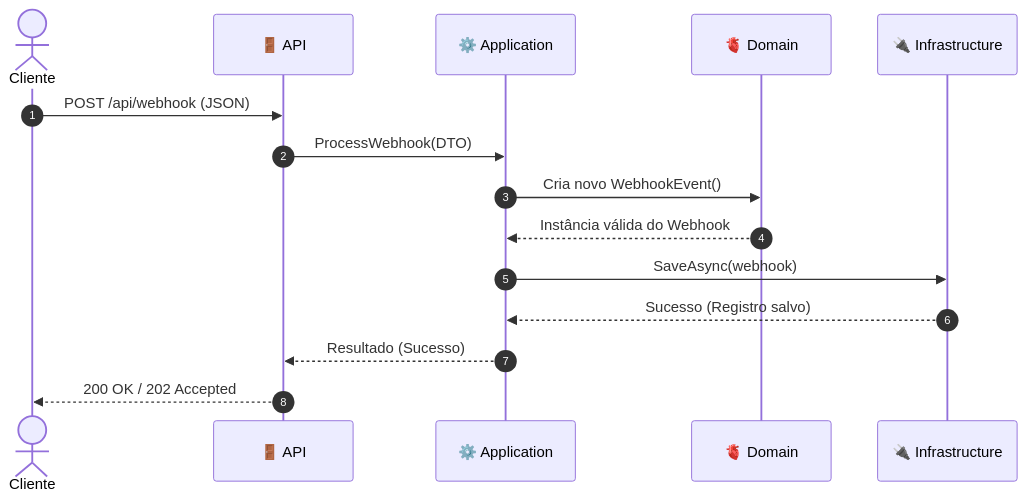
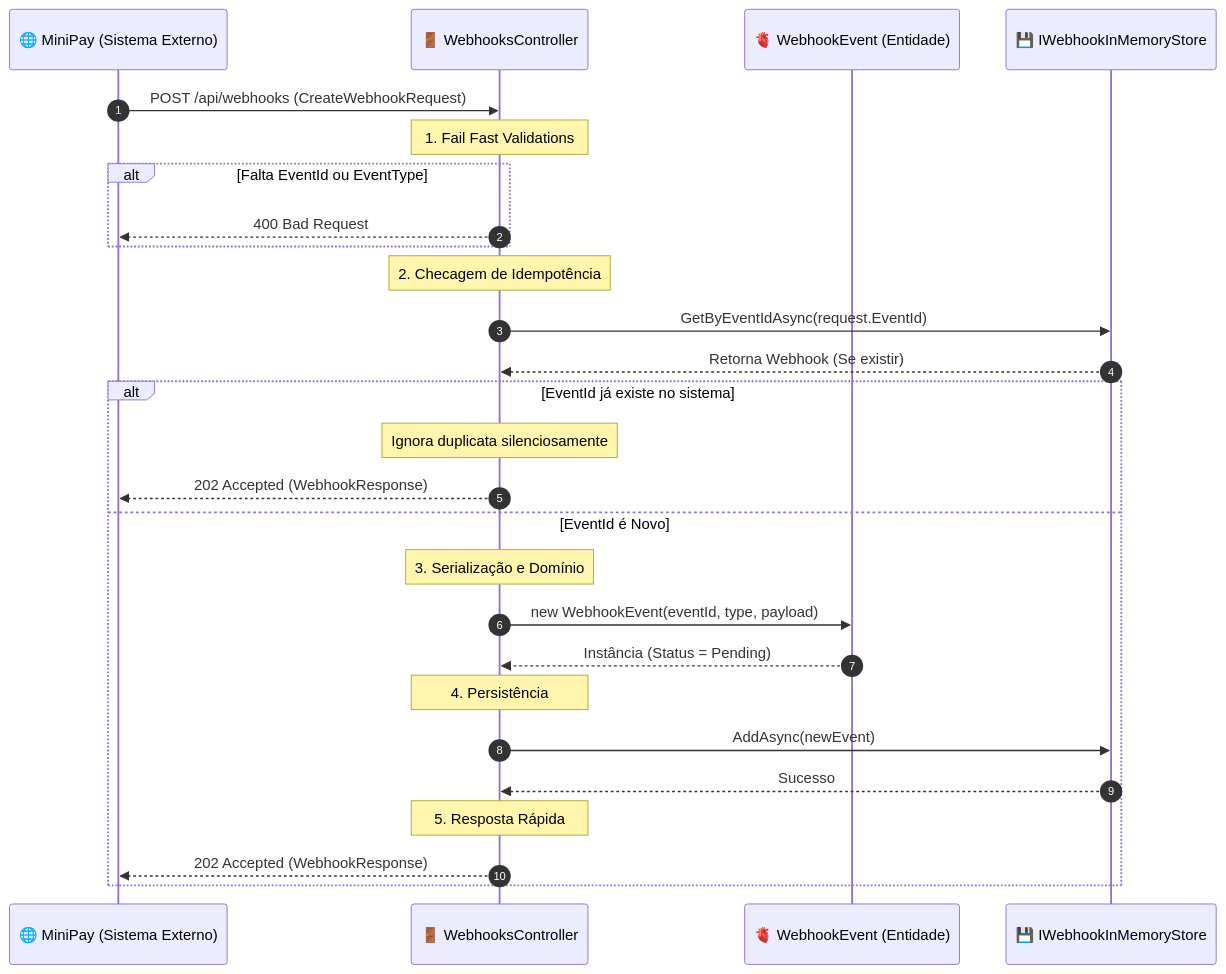
Before and after one commit to AdleyRodrigues/reliable-webhook-processor: the second of 4 diagrams in docs/architecture.md, drawn with Mermaid. The commit also changed other lines of this file and 9 other files, not shown here.

Commit message:
façanha: implementar infraestrutura central de webhook com modelos de domínio, controlador de API e armazenamento na memória

````diff
--- a/docs/architecture.md
+++ b/docs/architecture.md
@@ -31,18 +31,35 @@
 ```mermaid
 sequenceDiagram
     autonumber
-    actor Cliente
-    participant Api as 🚪 API
-    participant App as ⚙️ Application
-    participant Domain as 🫀 Domain
-    participant Infra as 🔌 Infrastructure
+    participant SistemaExterno as 🌐 MiniPay (Sistema Externo)
+    participant Controller as 🚪 WebhooksController
+    participant Domain as 🫀 WebhookEvent (Entidade)
+    participant Store as 💾 IWebhookInMemoryStore
 
-    Cliente->>Api: POST /api/webhook (JSON)
-    Api->>App: ProcessWebhook(DTO)
-    App->>Domain: Cria novo WebhookEvent()
-    Domain-->>App: Instância válida do Webhook
-    App->>Infra: SaveAsync(webhook)
-    Infra-->>App: Sucesso (Registro salvo)
-    App-->>Api: Resultado (Sucesso)
-    Api-->>Cliente: 200 OK / 202 Accepted
+    SistemaExterno->>Controller: POST /api/webhooks (CreateWebhookRequest)
+    
+    note over Controller: 1. Fail Fast Validations
+    alt Falta EventId ou EventType
+        Controller-->>SistemaExterno: 400 Bad Request
+    end
+
+    note over Controller: 2. Checagem de Idempotência
+    Controller->>Store: GetByEventIdAsync(request.EventId)
+    Store-->>Controller: Retorna Webhook (Se existir)
+    
+    alt EventId já existe no sistema
+        note over Controller: Ignora duplicata silenciosamente
+        Controller-->>SistemaExterno: 202 Accepted (WebhookResponse)
+    else EventId é Novo
+        note over Controller: 3. Serialização e Domínio
+        Controller->>Domain: new WebhookEvent(eventId, type, payload)
+        Domain-->>Controller: Instância (Status = Pending)
+        
+        note over Controller: 4. Persistência
+        Controller->>Store: AddAsync(newEvent)
+        Store-->>Controller: Sucesso
+        
+        note over Controller: 5. Resposta Rápida
+        Controller-->>SistemaExterno: 202 Accepted (WebhookResponse)
+    end
 ```
````
